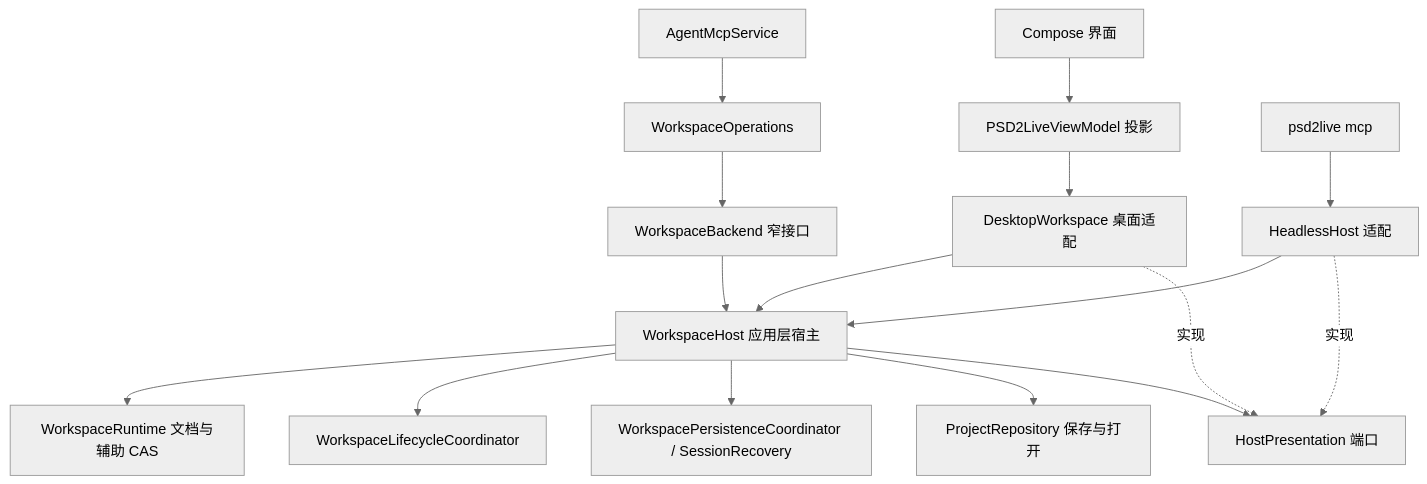
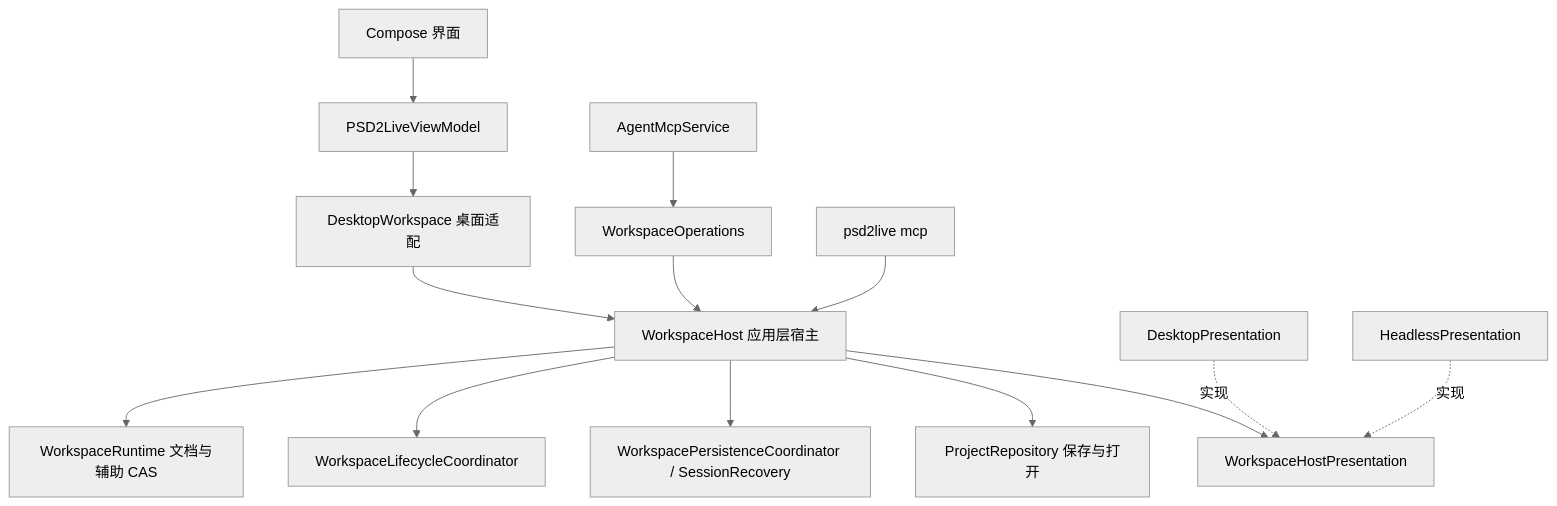
The diagram in docs/zh/spec/HEADLESS_HOST.md (Ashura-AI/psd2live), drawn with Mermaid (neutral theme) before and after one commit. The commit also changed other lines of this file and 12 other files, not shown here.

````diff
--- a/docs/zh/spec/HEADLESS_HOST.md
+++ b/docs/zh/spec/HEADLESS_HOST.md
@@ -23,18 +15,16 @@
 ```mermaid
 flowchart TD
-    GUI[Compose 界面] --> VM[PSD2LiveViewModel 投影]
+    GUI[Compose 界面] --> VM[PSD2LiveViewModel]
     VM --> DESK[DesktopWorkspace 桌面适配]
     DESK --> HOST
     MCP[AgentMcpService] --> OPS[WorkspaceOperations]
-    OPS --> BACK[WorkspaceBackend 窄接口]
-    BACK --> HOST[WorkspaceHost 应用层宿主]
-    CLI[psd2live mcp] --> HEAD[HeadlessHost 适配]
-    HEAD --> HOST
+    OPS --> HOST[WorkspaceHost 应用层宿主]
+    CLI[psd2live mcp] --> HOST
     HOST --> RT[WorkspaceRuntime 文档与辅助 CAS]
     HOST --> LIFE[WorkspaceLifecycleCoordinator]
     HOST --> IO[WorkspacePersistenceCoordinator / SessionRecovery]
     HOST --> REPO[ProjectRepository 保存与打开]
-    HOST --> SINK[HostPresentation 端口]
-    DESK -. 实现 .-> SINK
-    HEAD -. 实现 .-> SINK
+    HOST --> PORT[WorkspaceHostPresentation]
+    DP[DesktopPresentation] -. 实现 .-> PORT
+    HP[HeadlessPresentation] -. 实现 .-> PORT
 ```
````
